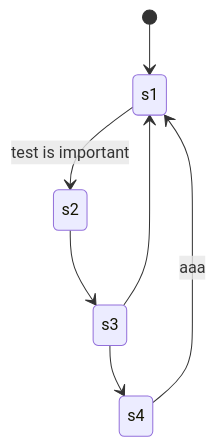
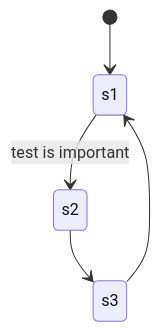
The diagram in Assets/Scripts/test.md (iodoform/BubbleConverter), drawn with Mermaid before and after one commit. The commit also changed 5 other files, not shown here.

````diff
--- a/Assets/Scripts/test.md
+++ b/Assets/Scripts/test.md
@@ -1,13 +1,13 @@
 ```MerMaiD
 stateDiagram-v2
     [*]-->s1
     s1 
     --> 
     s2 : test is important
 
 
     s2 --> s3 
     s3-->s1
-    s3-->s4
-    s4-->s1:aaa
+    %%s3-->s4
+    %%s4-->s1:aaa
 ```
````
